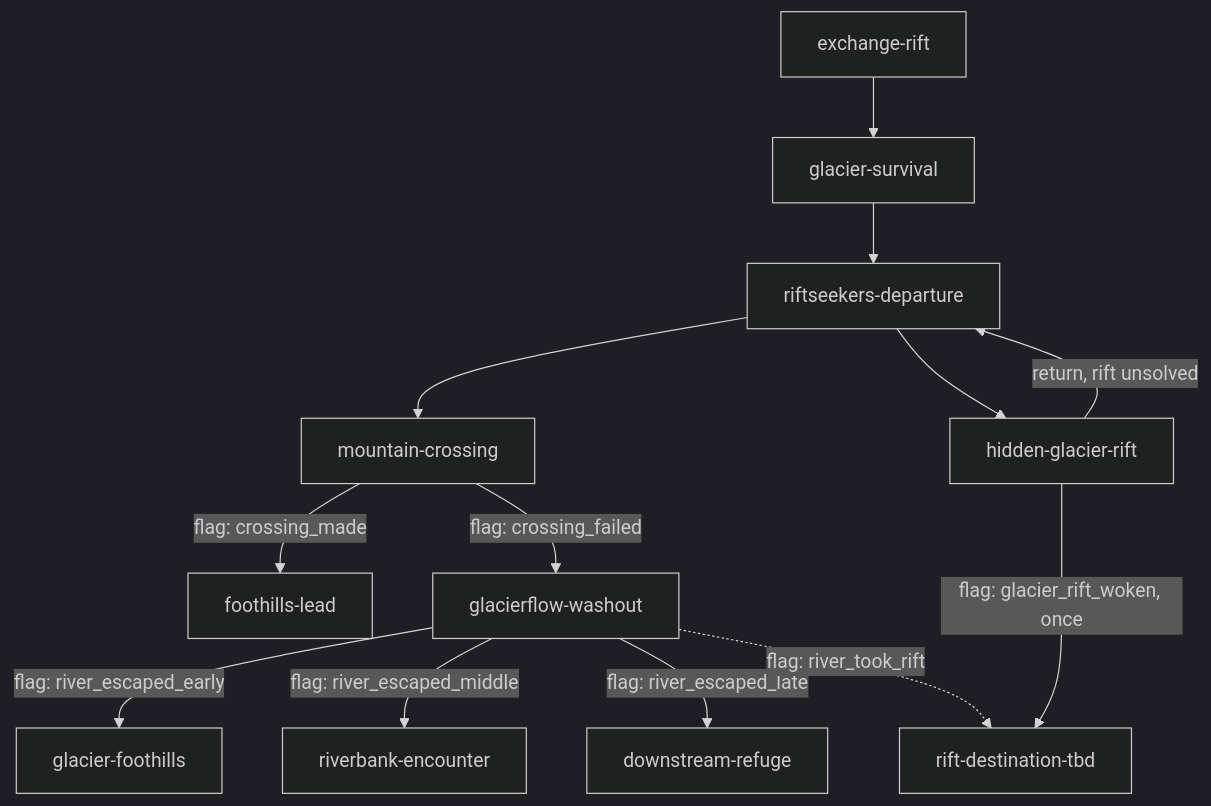
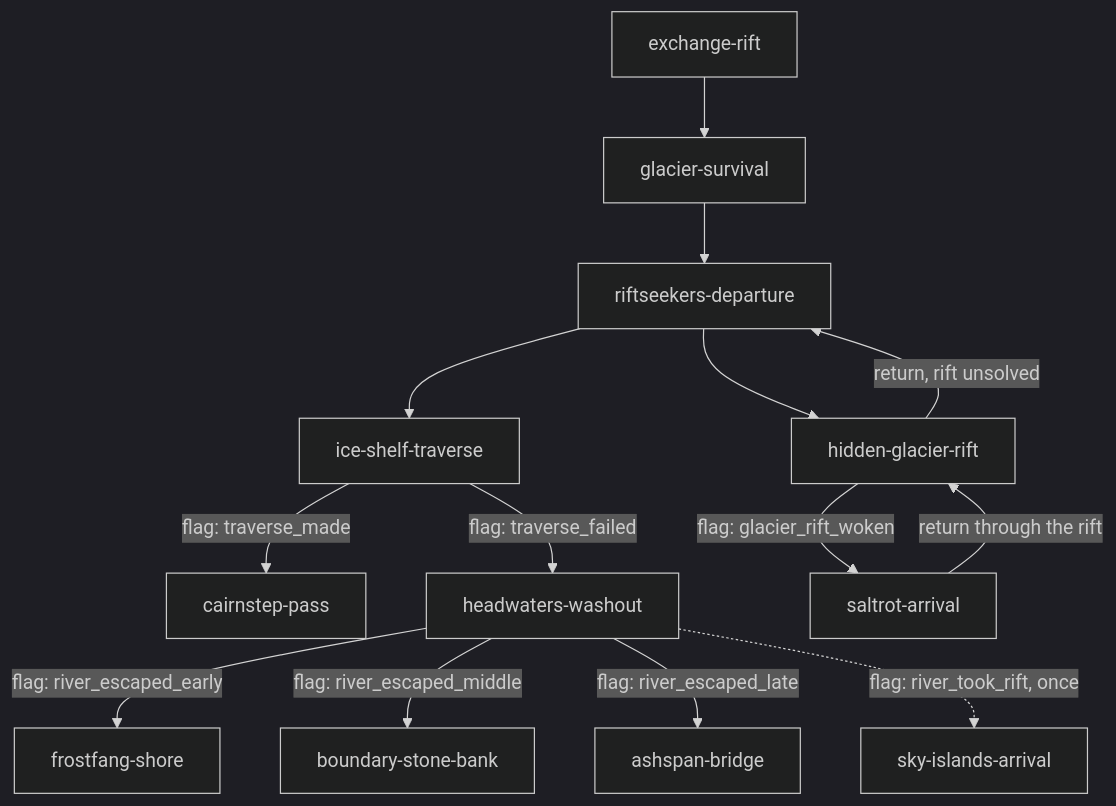
Before and after one commit to allenheltondev/kids-and-dragons: the diagram in docs/campaigns/continental-rift/graph.md, drawn with Mermaid (dark theme). The commit also changed other lines of this file and 5 other files, not shown here.

````diff
--- a/docs/campaigns/continental-rift/graph.md
+++ b/docs/campaigns/continental-rift/graph.md
@@ -7,15 +7,16 @@
 ```mermaid
 flowchart TD
   E[exchange-rift] --> G[glacier-survival]
   G --> R[riftseekers-departure]
-  R --> M[mountain-crossing]
+  R --> T[ice-shelf-traverse]
   R --> H[hidden-glacier-rift]
   H -->|return, rift unsolved| R
-  M -->|flag: crossing_made| P[foothills-lead]
-  M -->|flag: crossing_failed| W[glacierflow-washout]
-  W -->|flag: river_escaped_early| F[glacier-foothills]
-  W -->|flag: river_escaped_middle| B[riverbank-encounter]
-  W -->|flag: river_escaped_late| D[downstream-refuge]
-  W -.->|flag: river_took_rift| U[rift-destination-tbd]
-  H -->|flag: glacier_rift_woken, once| U
+  T -->|flag: traverse_made| C[cairnstep-pass]
+  T -->|flag: traverse_failed| W[headwaters-washout]
+  W -->|flag: river_escaped_early| F[frostfang-shore]
+  W -->|flag: river_escaped_middle| B[boundary-stone-bank]
+  W -->|flag: river_escaped_late| D[ashspan-bridge]
+  W -.->|flag: river_took_rift, once| S[sky-islands-arrival]
+  H -->|flag: glacier_rift_woken| L[saltrot-arrival]
+  L -->|return through the rift| H
 ```
````
